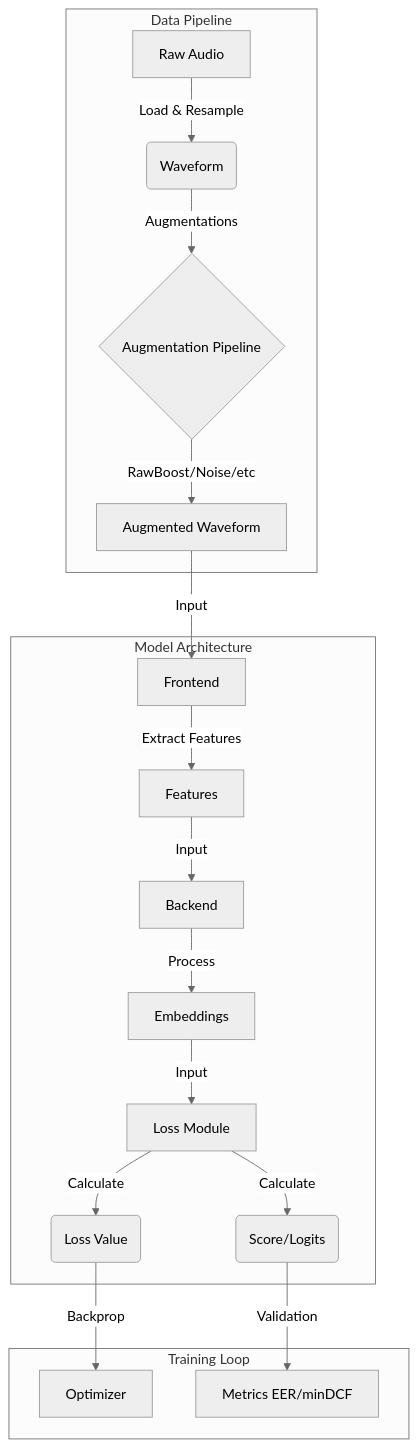
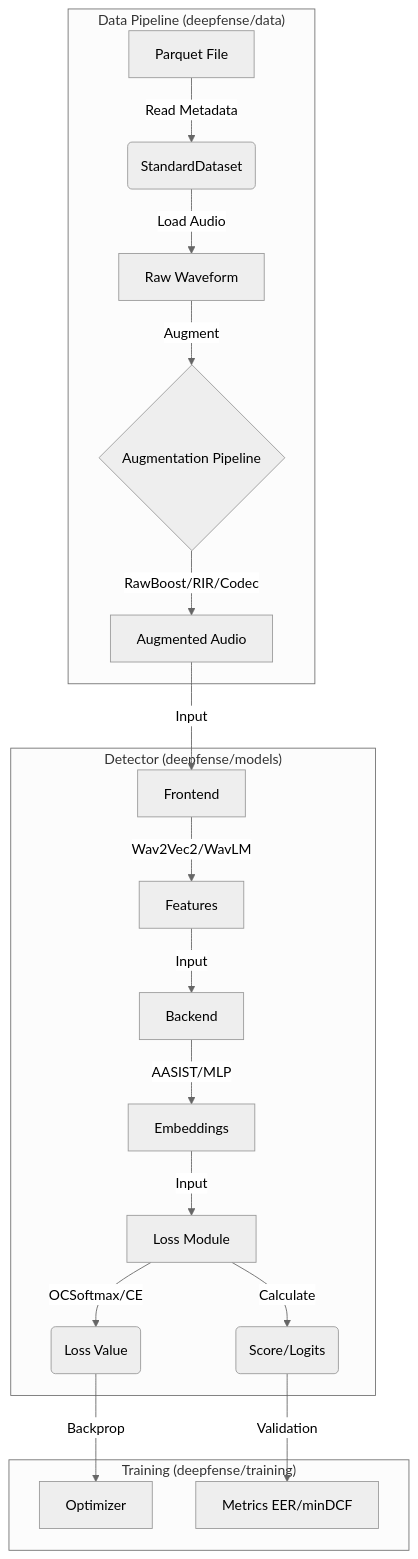
One commit to Yaselley/deepfense-framework changed the diagram in docs/architecture.md. Above: the diagram before and after it, drawn with Mermaid (neutral theme). The commit also changed other lines of this file and 22 other files, not shown here.

````diff
--- a/docs/architecture.md
+++ b/docs/architecture.md
@@ -11,23 +11,24 @@
 ```mermaid
 graph TD
-    subgraph Data Pipeline
-        A[Raw Audio] -->|Load & Resample| B(Waveform)
-        B -->|Augmentations| C{Augmentation Pipeline}
-        C -->|RawBoost/Noise/etc| D[Augmented Waveform]
+    subgraph Data Loading ["Data Pipeline (deepfense/data)"]
+        A[Parquet File] -->|Read Metadata| B(StandardDataset)
+        B -->|Load Audio| C[Raw Waveform]
+        C -->|Augment| D{Augmentation Pipeline}
+        D -->|RawBoost/RIR/Codec| E[Augmented Audio]
     end
 
-    subgraph Model Architecture
-        D -->|Input| E[Frontend]
-        E -->|Extract Features| F[Features]
-        F -->|Input| G[Backend]
-        G -->|Process| H[Embeddings]
-        H -->|Input| I[Loss Module]
-        I -->|Calculate| J(Loss Value)
-        I -->|Calculate| K(Score/Logits)
+    subgraph Model ["Detector (deepfense/models)"]
+        E -->|Input| F[Frontend]
+        F -->|Wav2Vec2/WavLM| G[Features]
+        G -->|Input| H[Backend]
+        H -->|AASIST/MLP| I[Embeddings]
+        I -->|Input| J[Loss Module]
+        J -->|OCSoftmax/CE| K(Loss Value)
+        J -->|Calculate| L(Score/Logits)
     end
 
-    subgraph Training Loop
-        J -->|Backprop| L[Optimizer]
-        K -->|Validation| M[Metrics EER/minDCF]
+    subgraph Loop ["Training (deepfense/training)"]
+        K -->|Backprop| M[Optimizer]
+        L -->|Validation| N[Metrics EER/minDCF]
     end
 ```
````
